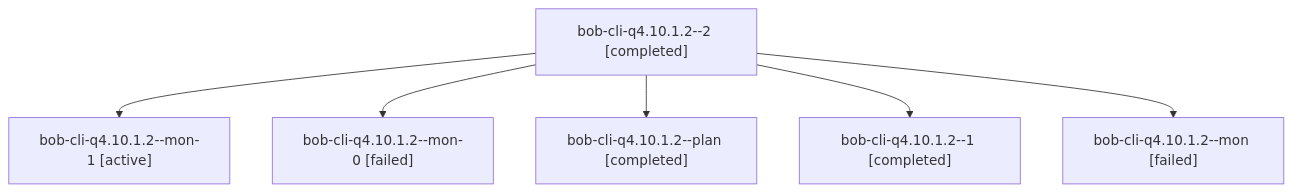
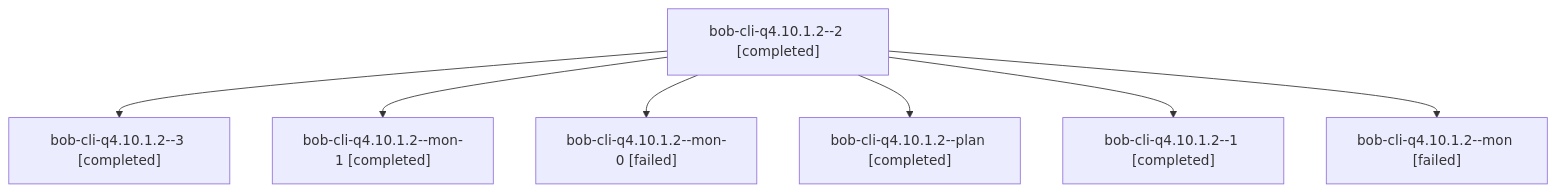
Before and after one commit to bobs-org/bob-cli--agents: the diagram in sessions/bbugyi200.athena.bob-cli-q4.10.1.2.md, drawn with Mermaid. The commit also changed other lines of this file and 99 other files, not shown here.

````diff
--- a/sessions/bbugyi200.athena.bob-cli-q4.10.1.2.md
+++ b/sessions/bbugyi200.athena.bob-cli-q4.10.1.2.md
@@ -9,14 +9,16 @@
 ```mermaid
 flowchart TD
   n0["bob-cli-q4.10.1.2--2 [completed]"]
-  n1["bob-cli-q4.10.1.2--mon-1 [active]"]
+  n1["bob-cli-q4.10.1.2--3 [completed]"]
   n0 --> n1
-  n2["bob-cli-q4.10.1.2--mon-0 [failed]"]
+  n2["bob-cli-q4.10.1.2--mon-1 [completed]"]
   n0 --> n2
-  n3["bob-cli-q4.10.1.2--plan [completed]"]
+  n3["bob-cli-q4.10.1.2--mon-0 [failed]"]
   n0 --> n3
-  n4["bob-cli-q4.10.1.2--1 [completed]"]
+  n4["bob-cli-q4.10.1.2--plan [completed]"]
   n0 --> n4
-  n5["bob-cli-q4.10.1.2--mon [failed]"]
+  n5["bob-cli-q4.10.1.2--1 [completed]"]
   n0 --> n5
+  n6["bob-cli-q4.10.1.2--mon [failed]"]
+  n0 --> n6
 ```
````
